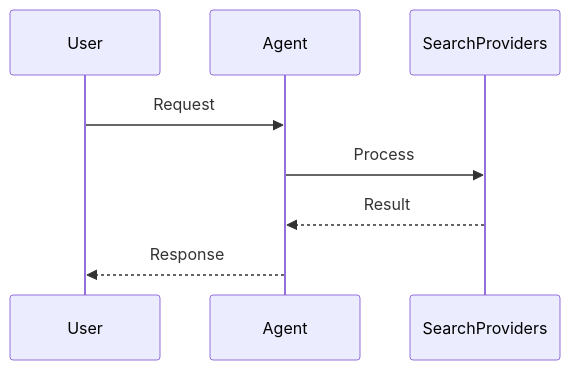
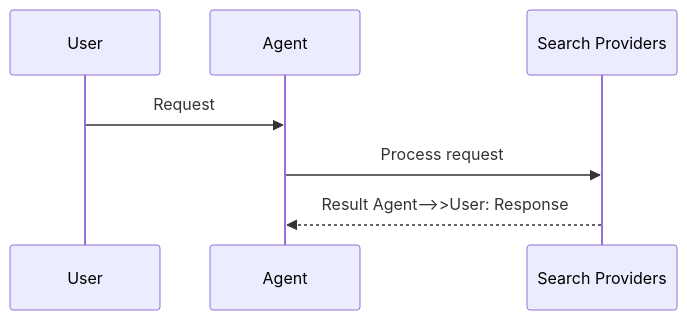
Before and after one commit to MervinPraison/PraisonAIDocs: the second of 3 diagrams in docs/features/search-provider-registry.mdx, drawn with Mermaid. The commit also changed 204 other files, not shown here.

First line of the commit message:
docs: align feature/tool pages with AGENTS.md hero + sequence + import standards (fixes #1775)

````diff
--- a/docs/features/search-provider-registry.mdx
+++ b/docs/features/search-provider-registry.mdx
@@ -45,11 +45,10 @@
 ```mermaid
 sequenceDiagram
     participant User
     participant Agent
-    participant SearchProviders
+    participant Feature as Search Providers
 
     User->>Agent: Request
-    Agent->>SearchProviders: Process
-    SearchProviders-->>Agent: Result
-    Agent-->>User: Response
+    Agent->>Feature: Process request
+    Feature-->>Agent: Result    Agent-->>User: Response
 ```
````
